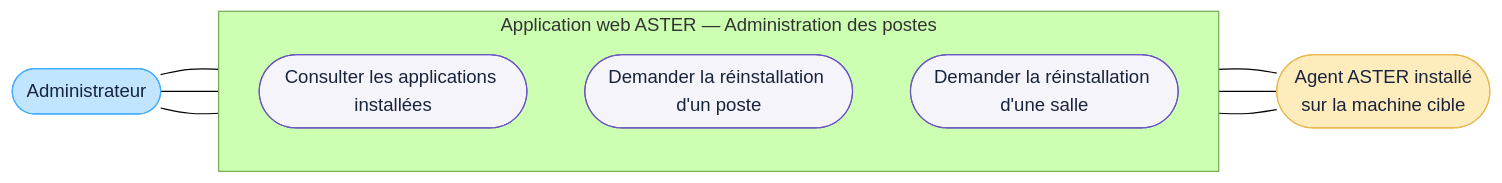
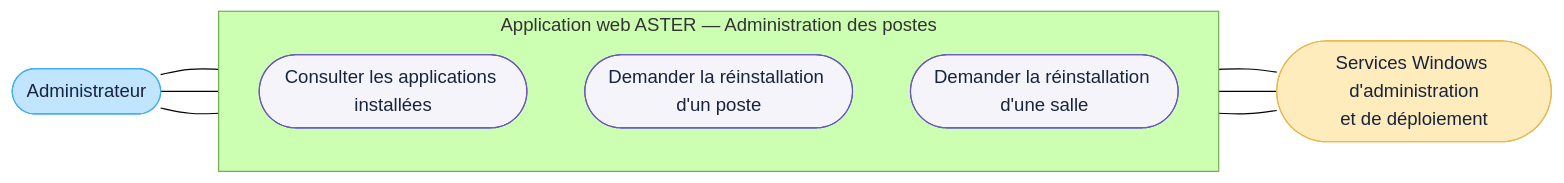
The diagram in docs/09-DCU-ADMINISTRATION-POSTES.md (bpierrelouis/aster), drawn with Mermaid (forest theme) before and after one commit. The commit also changed 5 other files, not shown here.

Commit message:
docs(architecture): préciser l’administration Windows sans agent

````diff
--- a/docs/09-DCU-ADMINISTRATION-POSTES.md
+++ b/docs/09-DCU-ADMINISTRATION-POSTES.md
@@ -3,28 +3,28 @@
 ```mermaid
 flowchart LR
     administrateur(["Administrateur"])
 
     subgraph aster["Application web ASTER — Administration des postes"]
         direction TB
         consulterApplications(["Consulter les applications installées"])
         demanderPoste(["Demander la réinstallation d'un poste"])
         demanderSalle(["Demander la réinstallation d'une salle"])
     end
 
-    agentAster(["Agent ASTER installé<br/>sur la machine cible"])
+    servicesWindows(["Services Windows d'administration<br/>et de déploiement"])
 
     administrateur --- consulterApplications
     administrateur --- demanderPoste
     administrateur --- demanderSalle
 
-    consulterApplications --- agentAster
-    demanderPoste --- agentAster
-    demanderSalle --- agentAster
+    consulterApplications --- servicesWindows
+    demanderPoste --- servicesWindows
+    demanderSalle --- servicesWindows
 
     classDef acteur fill:#C2E5FF,stroke:#3DADFF,color:#17243B
     classDef acteurSecondaire fill:#FFECBD,stroke:#E8B84E,color:#17243B
     classDef cas fill:#F6F4FB,stroke:#6954C0,color:#17243B
     class administrateur acteur
-    class agentAster acteurSecondaire
+    class servicesWindows acteurSecondaire
     class consulterApplications,demanderPoste,demanderSalle cas
 ```
````
